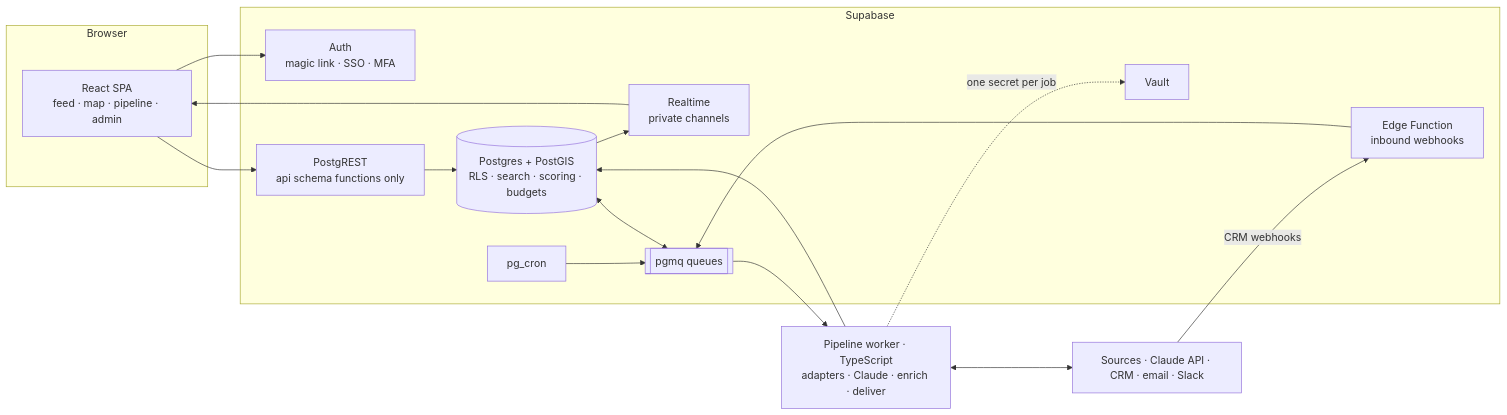
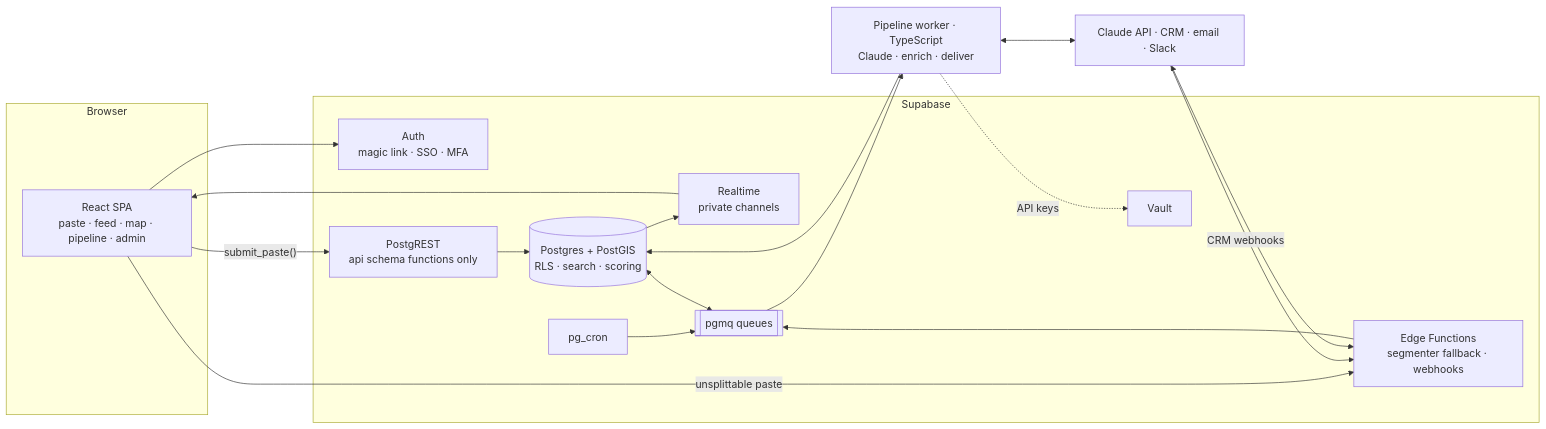
One commit to andrearaujokerry/realestate changed the diagram in docs/designs/design-a-postgres-as-backend.md. Above: the diagram before and after it, drawn with Mermaid. The commit also changed other lines of this file and 4 other files, not shown here.

````diff
--- a/docs/designs/design-a-postgres-as-backend.md
+++ b/docs/designs/design-a-postgres-as-backend.md
@@ -23,29 +24,31 @@
 ```mermaid
 flowchart LR
   subgraph client["Browser"]
-    SPA["React SPA<br/>feed · map · pipeline · admin"]
+    SPA["React SPA<br/>paste · feed · map · pipeline · admin"]
   end
   subgraph supa["Supabase"]
     AUTH["Auth<br/>magic link · SSO · MFA"]
     RPC["PostgREST<br/>api schema functions only"]
     RT["Realtime<br/>private channels"]
-    DB[("Postgres + PostGIS<br/>RLS · search · scoring · budgets")]
+    DB[("Postgres + PostGIS<br/>RLS · search · scoring")]
     Q[["pgmq queues"]]
     CRON["pg_cron"]
     VAULT["Vault"]
-    EF["Edge Function<br/>inbound webhooks"]
+    EF["Edge Functions<br/>segmenter fallback · webhooks"]
   end
-  W["Pipeline worker · TypeScript<br/>adapters · Claude · enrich · deliver"]
-  EXT["Sources · Claude API · CRM · email · Slack"]
+  W["Pipeline worker · TypeScript<br/>Claude · enrich · deliver"]
+  EXT["Claude API · CRM · email · Slack"]
 
   SPA --> AUTH
-  SPA --> RPC --> DB
+  SPA -- "submit_paste()" --> RPC --> DB
+  SPA -- "unsplittable paste" --> EF
   DB --> RT --> SPA
   CRON --> Q
   DB <--> Q
   Q --> W
   W --> DB
-  W -. "one secret per job" .-> VAULT
+  W -. "API keys" .-> VAULT
   W <--> EXT
+  EF <--> EXT
   EXT -- "CRM webhooks" --> EF --> Q
 ```
````
